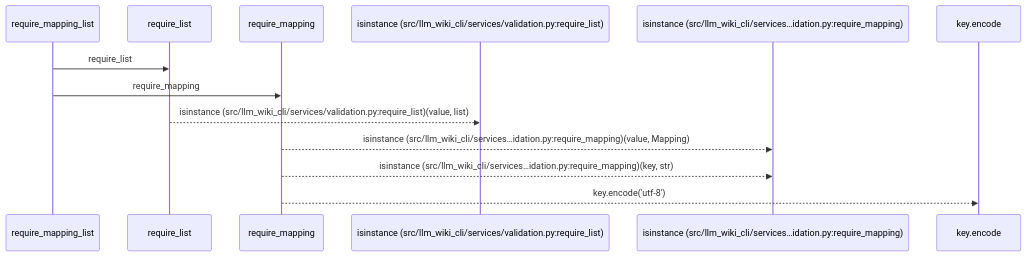
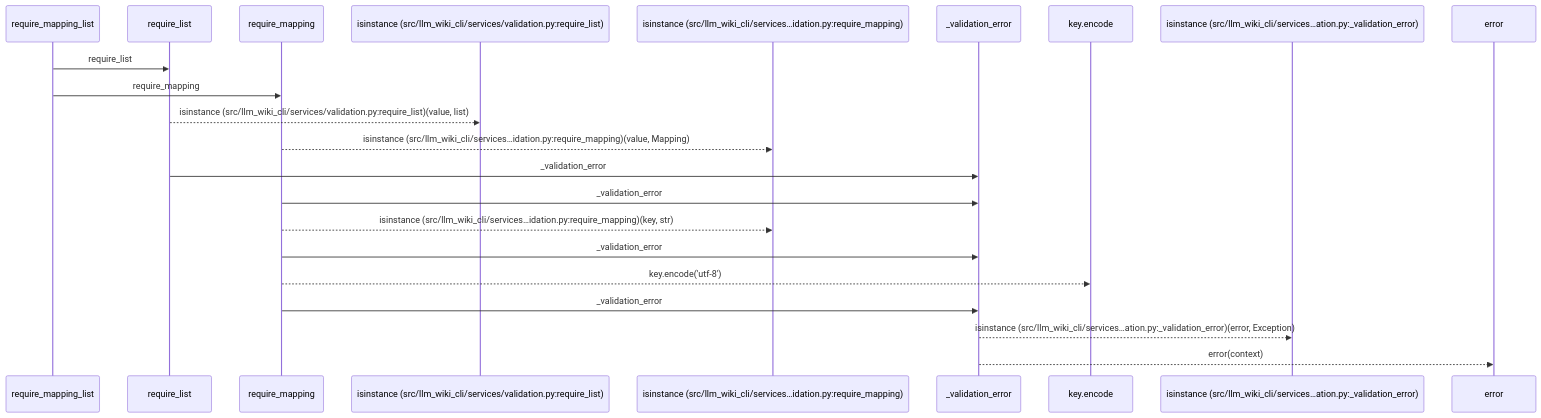
The first of 2 diagrams in docs/llm_wiki/flows/api-require_mapping_list.md (Denissvgn/python-wiki-llm), drawn with Mermaid before and after one commit. The commit also changed other lines of this file and 627 other files, not shown here.

````diff
--- a/docs/llm_wiki/flows/api-require_mapping_list.md
+++ b/docs/llm_wiki/flows/api-require_mapping_list.md
@@ -12,15 +12,24 @@
 ```mermaid
 sequenceDiagram
     participant p0 as require_mapping_list
     participant p1 as require_list
     participant p2 as require_mapping
     participant p3 as isinstance (src/llm_wiki_cli/services/validation.py:require_list)
     participant p4 as isinstance (src/llm_wiki_cli/services…idation.py:require_mapping)
-    participant p5 as key.encode
+    participant p5 as _validation_error
+    participant p6 as key.encode
+    participant p7 as isinstance (src/llm_wiki_cli/services…ation.py:_validation_error)
+    participant p8 as error
     p0->>p1: require_list
     p0->>p2: require_mapping
     p1-->>p3: isinstance (src/llm_wiki_cli/services/validation.py:require_list)(value, list)
     p2-->>p4: isinstance (src/llm_wiki_cli/services…idation.py:require_mapping)(value, Mapping)
+    p1->>p5: _validation_error
+    p2->>p5: _validation_error
     p2-->>p4: isinstance (src/llm_wiki_cli/services…idation.py:require_mapping)(key, str)
-    p2-->>p5: key.encode('utf-8')
+    p2->>p5: _validation_error
+    p2-->>p6: key.encode('utf-8')
+    p2->>p5: _validation_error
+    p5-->>p7: isinstance (src/llm_wiki_cli/services…ation.py:_validation_error)(error, Exception)
+    p5-->>p8: error(context)
 ```
````
